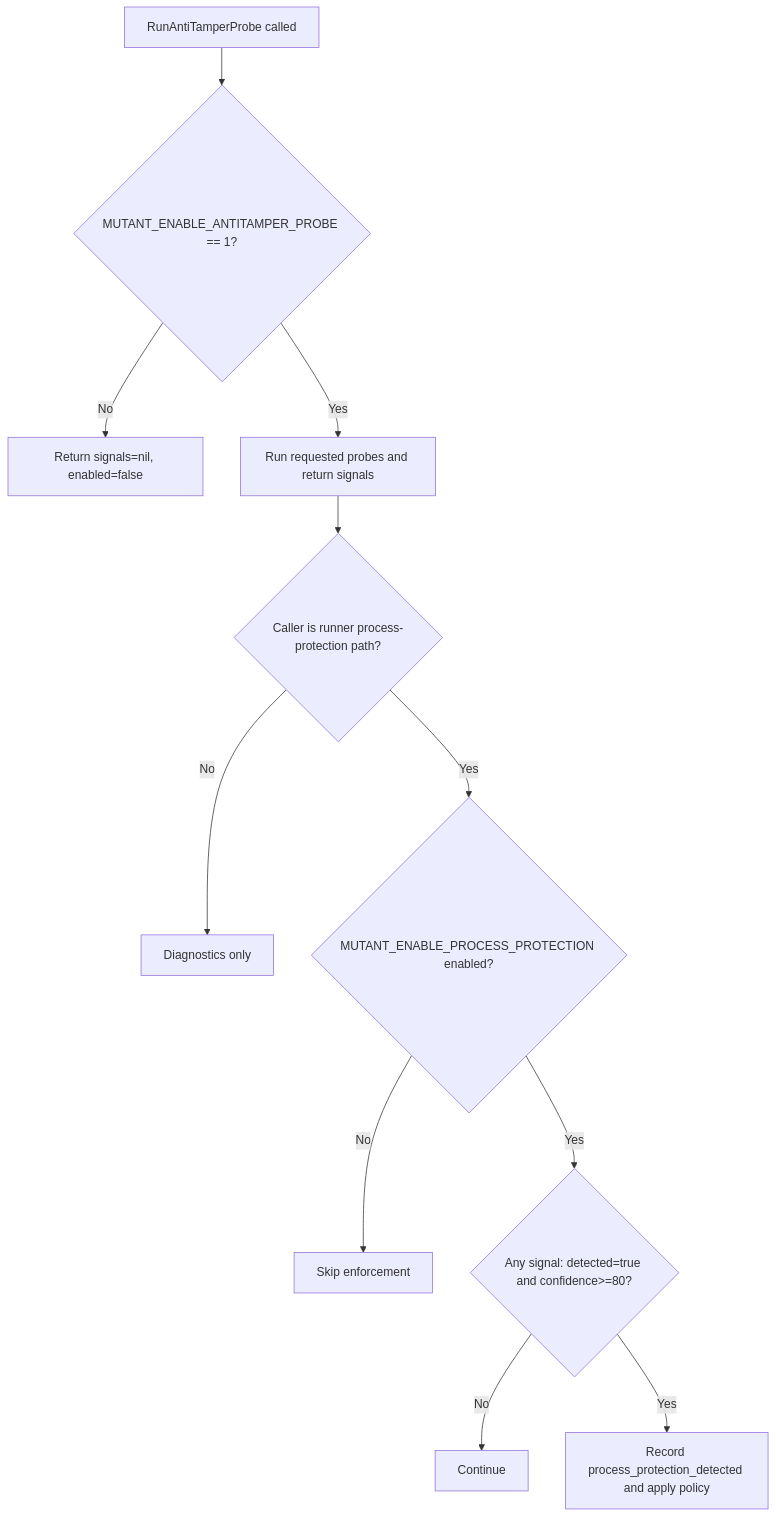
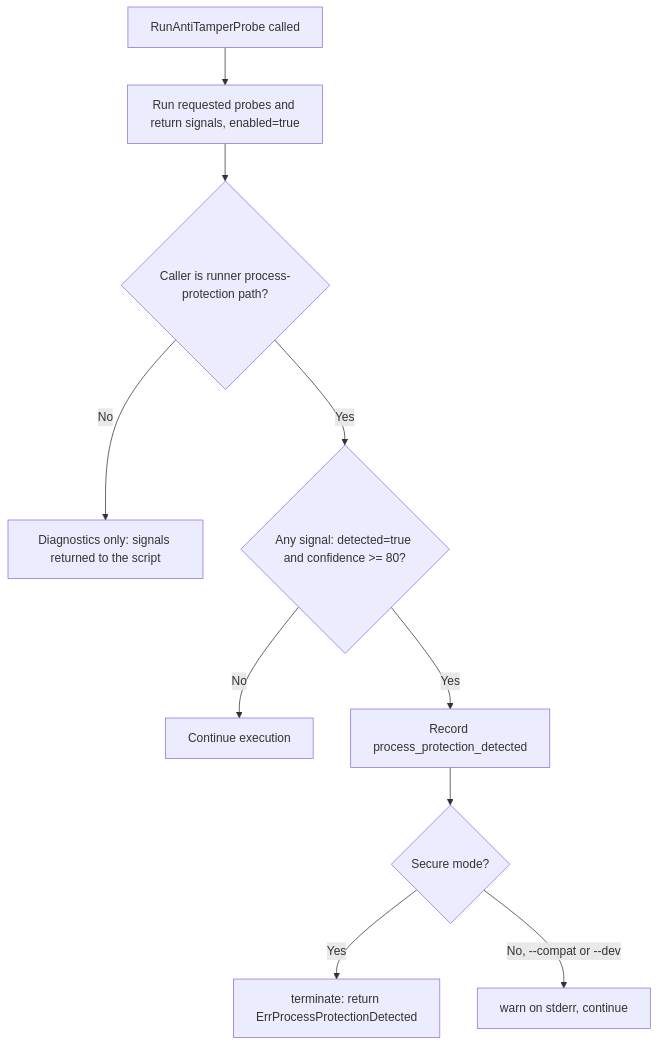
One commit to aoiflux/mutant changed the diagram in docs/ANTITAMPER_PROBE_ENABLEMENT_LLD.md. Above: the diagram before and after it, drawn with Mermaid. The commit also changed other lines of this file and 37 other files, not shown here.

````diff
--- a/docs/ANTITAMPER_PROBE_ENABLEMENT_LLD.md
+++ b/docs/ANTITAMPER_PROBE_ENABLEMENT_LLD.md
@@ -43,14 +60,13 @@
 ```mermaid
 flowchart TD
-    A[RunAntiTamperProbe called] --> B{MUTANT_ENABLE_ANTITAMPER_PROBE == 1?}
-    B -->|No| C[Return signals=nil, enabled=false]
-    B -->|Yes| D[Run requested probes and return signals]
+    A[RunAntiTamperProbe called] --> B[Run requested probes and return signals, enabled=true]
 
-    D --> E{Caller is runner process-protection path?}
-    E -->|No| F[Diagnostics only]
-    E -->|Yes| G{MUTANT_ENABLE_PROCESS_PROTECTION enabled?}
-    G -->|No| H[Skip enforcement]
-    G -->|Yes| I{Any signal: detected=true and confidence>=80?}
-    I -->|No| J[Continue]
-    I -->|Yes| K[Record process_protection_detected and apply policy]
+    B --> C{Caller is runner process-protection path?}
+    C -->|No| D[Diagnostics only: signals returned to the script]
+    C -->|Yes| E{Any signal: detected=true and confidence >= 80?}
+    E -->|No| F[Continue execution]
+    E -->|Yes| G[Record process_protection_detected]
+    G --> H{Secure mode?}
+    H -->|Yes| I[terminate: return ErrProcessProtectionDetected]
+    H -->|No, --compat or --dev| J[warn on stderr, continue]
 ```
````
